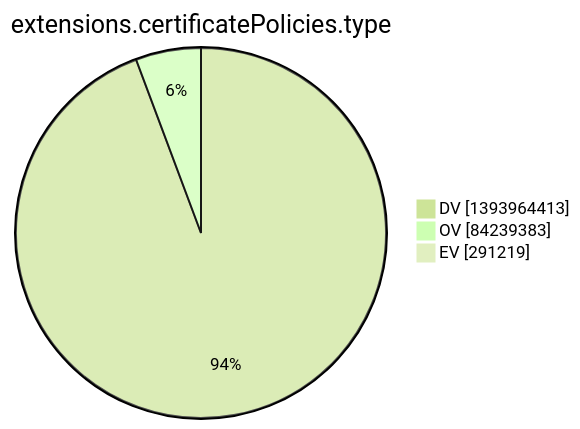
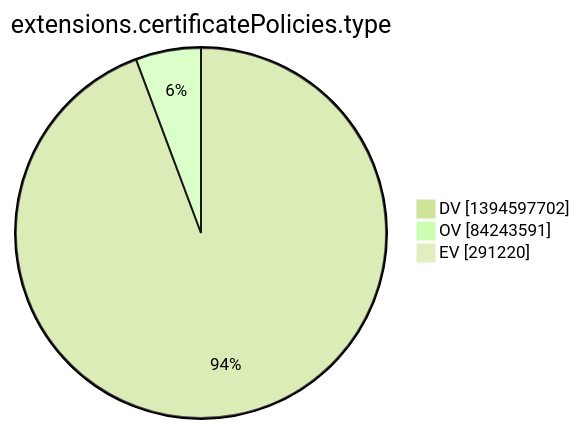
One commit to christiankrug/ctmonitor_visualization changed the tenth of 15 diagrams in argon2022/README.md. Above: the diagram before and after it, drawn with Mermaid (forest theme). The commit also changed other lines of this file, not shown here.

````diff
--- a/argon2022/README.md
+++ b/argon2022/README.md
@@ -2773,7 +2773,7 @@
 ```mermaid
 pie showData
 title extensions.certificatePolicies.type
-"DV" :1393964413
-"OV" :84239383
-"EV" :291219
+"DV" :1394597702
+"OV" :84243591
+"EV" :291220
 ```
````
